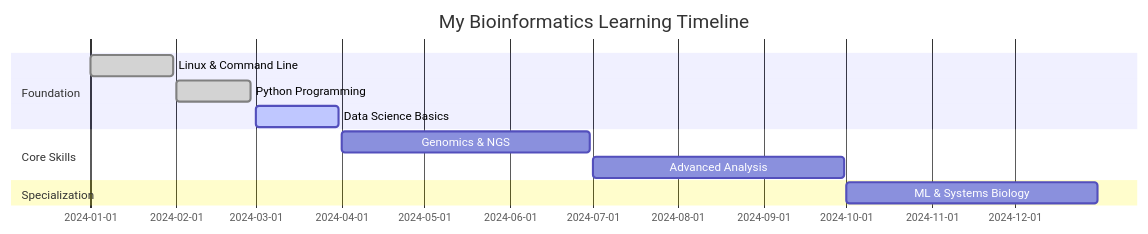
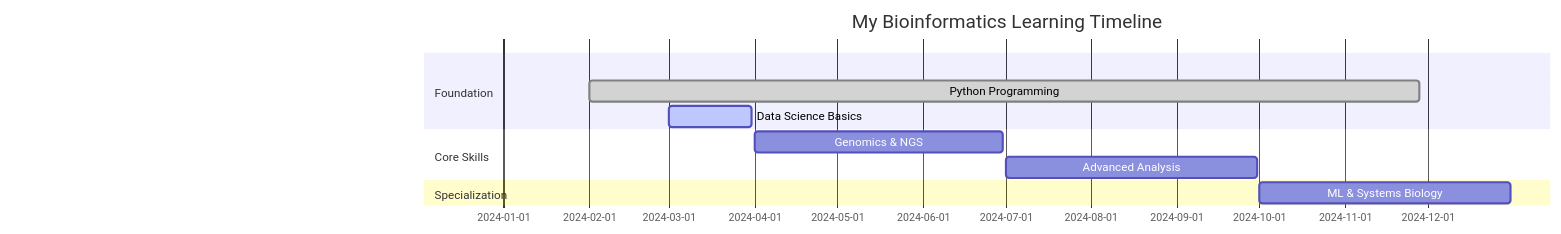
The diagram in README.md (cartesianpixels/cartesianpixels), drawn with Mermaid before and after one commit. The commit also changed other lines of this file, not shown here.

````diff
--- a/README.md
+++ b/README.md
@@ -53,14 +53,14 @@
 ```mermaid
 gantt
     title My Bioinformatics Learning Timeline
     dateFormat  YYYY-MM-DD
     section Foundation
-    Linux & Command Line     :done, phase1, 2024-01-01, 2024-01-31
-    Python Programming       :done, phase2, 2024-02-01, 2024-02-28
+    Linux & Command Line     :done, phase1, 2024-01-01, 2021-01-03
+    Python Programming       :done, phase2, 2024-02-01, 2024-11-28
     Data Science Basics      :active, phase3, 2024-03-01, 2024-03-31
     section Core Skills
     Genomics & NGS          :phase4, 2024-04-01, 2024-06-30
     Advanced Analysis       :phase5, 2024-07-01, 2024-09-30
     section Specialization
     ML & Systems Biology    :phase6, 2024-10-01, 2024-12-31
 ```
````
